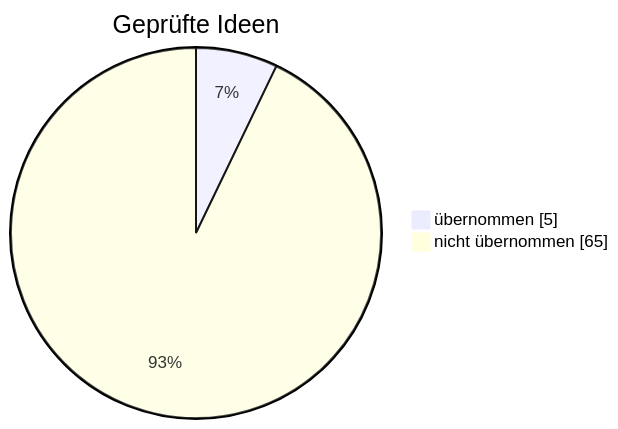
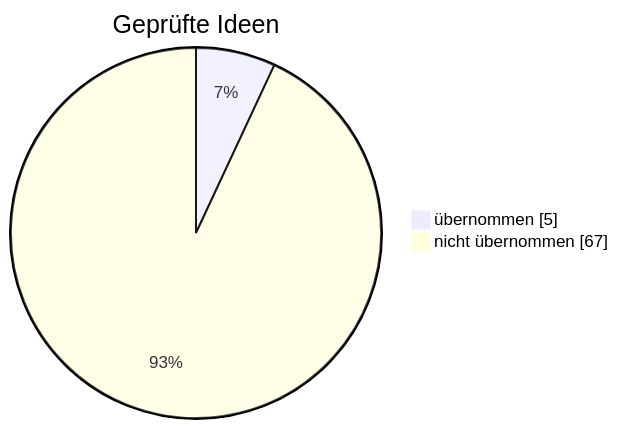
One commit to sickingmalte-arch/Test-Bot changed the diagram in gehirn/Notizen/Was der Bot schon weiß.md. Above: the diagram before and after it, drawn with Mermaid. The commit also changed other lines of this file and 12 other files, not shown here.

First line of the commit message:
Forschung 13.11.: Monatswechsel – nicht übernommen + Anzeige „Verlust im Plan“ (#73)

````diff
--- a/gehirn/Notizen/Was der Bot schon weiß.md
+++ b/gehirn/Notizen/Was der Bot schon weiß.md
@@ -22,6 +22,6 @@
 ```mermaid
 pie showData
     title Geprüfte Ideen
     "übernommen" : 5
-    "nicht übernommen" : 65
+    "nicht übernommen" : 67
 ```
````
